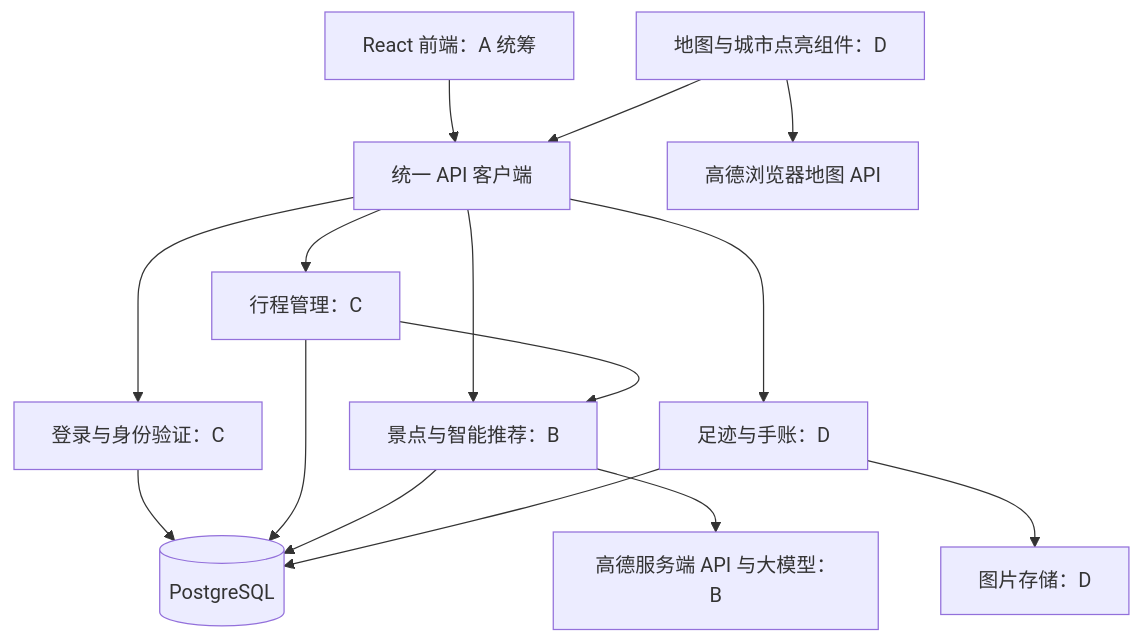
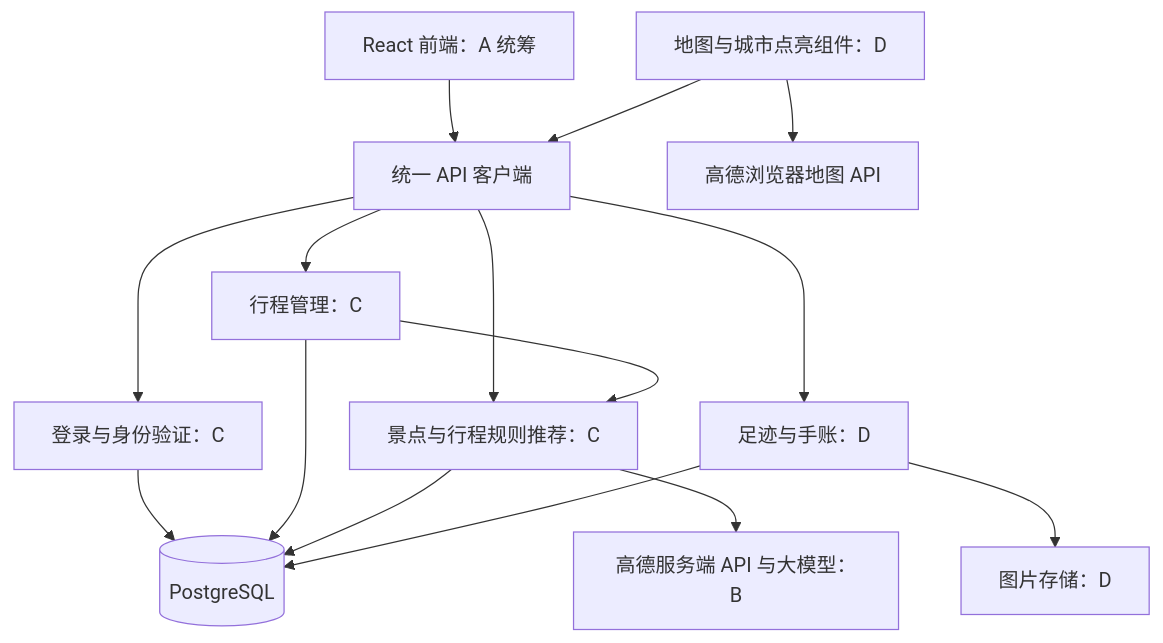
One commit to xuezhengzhang-China/Travel-Planning-Assistant changed the diagram in travel-planner-v2-framework/docs/项目架构与四人分工.md. Above: the diagram before and after it, drawn with Mermaid. The commit also changed other lines of this file and 99 other files, not shown here.

````diff
--- a/travel-planner-v2-framework/docs/项目架构与四人分工.md
+++ b/travel-planner-v2-framework/docs/项目架构与四人分工.md
@@ -43,17 +45,17 @@
 ```mermaid
 flowchart TD
     UI[React 前端：A 统筹] --> CLIENT[统一 API 客户端]
     MAP[地图与城市点亮组件：D] --> CLIENT
     MAP --> MAPSDK[高德浏览器地图 API]
     CLIENT --> AUTH[登录与身份验证：C]
     CLIENT --> TRIPS[行程管理：C]
-    CLIENT --> REC[景点与智能推荐：B]
+    CLIENT --> REC[景点与行程规则推荐：C]
     CLIENT --> JOURNAL[足迹与手账：D]
     TRIPS --> REC
     REC --> EXT[高德服务端 API 与大模型：B]
     AUTH --> DB[(PostgreSQL)]
     TRIPS --> DB
     REC --> DB
     JOURNAL --> DB
     JOURNAL --> FILES[图片存储：D]
 ```
````
